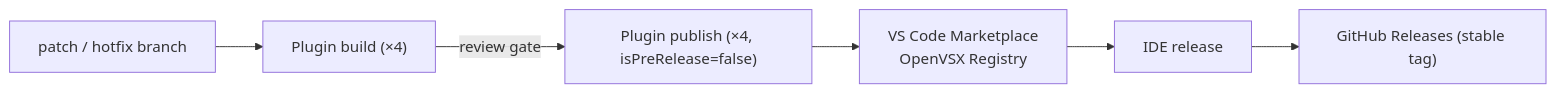
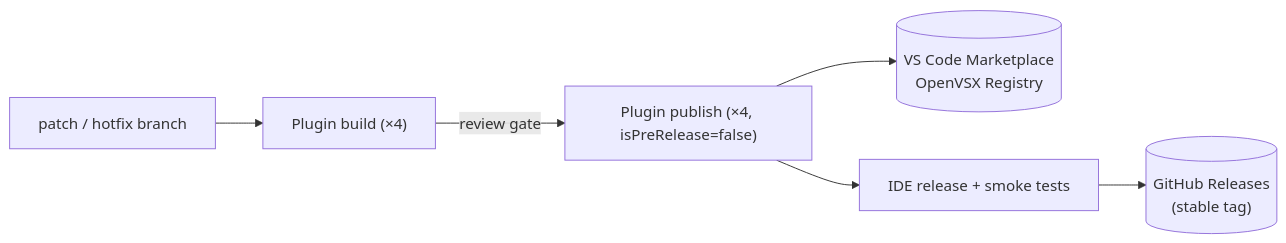
Before and after one commit to NipunaRanasinghe/wso2i-process-guides: the fifth of 5 diagrams in docs/cicd-pipelines.md, drawn with Mermaid. The commit also changed other lines of this file and 3 other files, not shown here.

````diff
--- a/docs/cicd-pipelines.md
+++ b/docs/cicd-pipelines.md
@@ -79,7 +77,7 @@
 ```mermaid
 graph LR
     M["patch / hotfix branch"] --> PB["Plugin build (×4)"]
     PB -->|review gate| PP["Plugin publish (×4, isPreRelease=false)"]
-    PP --> MK["VS Code Marketplace<br>OpenVSX Registry"]
-    MK --> BA["IDE release"] --> GR["GitHub Releases (stable tag)"]
+    PP --> MK[("VS Code Marketplace<br>OpenVSX Registry")]
+    PP --> BA["IDE release + smoke tests"] --> GR[("GitHub Releases<br>(stable tag)")]
 ```
````
